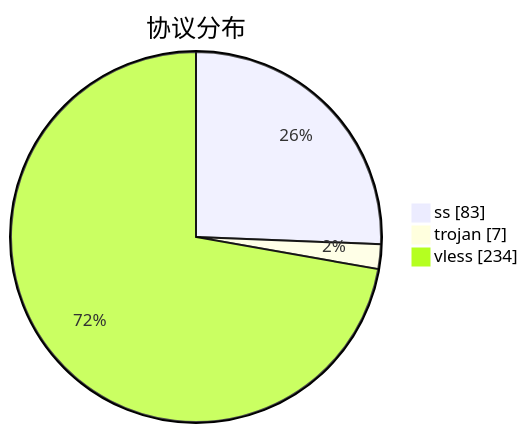
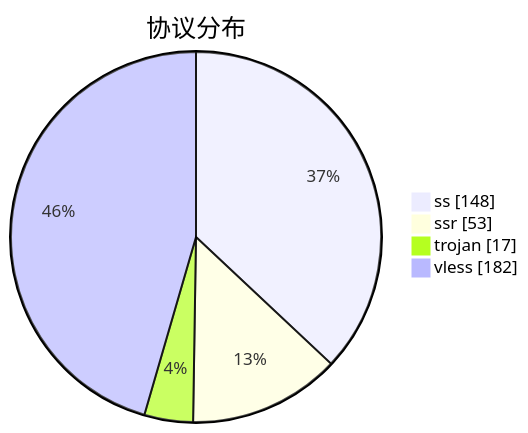
The third of 3 diagrams in subs/statistics/tested_within.md (qjlxg/airport), drawn with Mermaid before and after one commit. The commit also changed other lines of this file and 2 other files, not shown here.

````diff
--- a/subs/statistics/tested_within.md
+++ b/subs/statistics/tested_within.md
@@ -19,7 +17,8 @@
 ```mermaid
 pie showData
 title 协议分布
-"ss" : 83
-"trojan" : 7
-"vless" : 234
+"ss" : 148
+"ssr" : 53
+"trojan" : 17
+"vless" : 182
 ```
````
